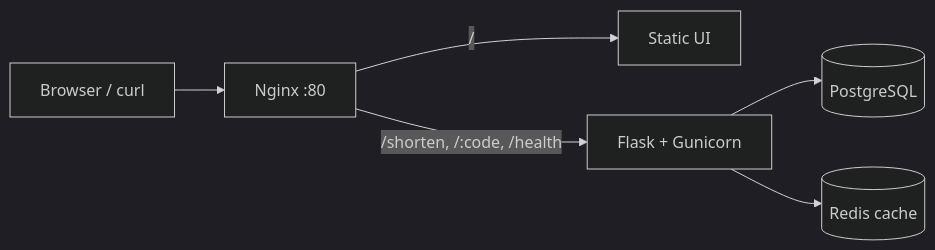
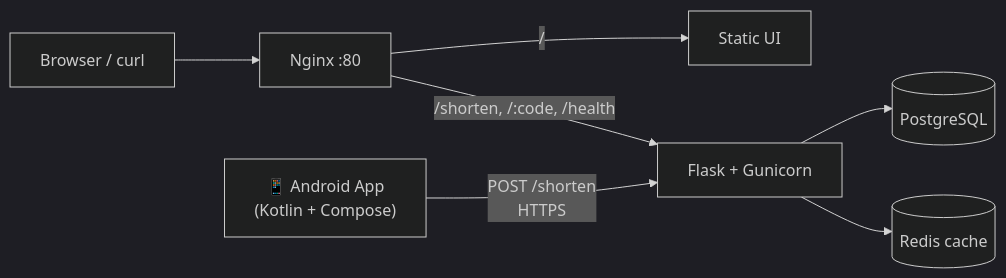
Before and after one commit to abhinav-e-p-b/URL-Shortener: the first of 2 diagrams in README.md, drawn with Mermaid (dark theme). The commit also changed other lines of this file and 49 other files, not shown here.

First line of the commit message:
Add Android app (Kotlin + Jetpack Compose) and update README

````diff
--- a/README.md
+++ b/README.md
@@ -17,8 +18,9 @@
 ```mermaid
 flowchart LR
     U[Browser / curl] --> N[Nginx :80]
     N -->|/| F[Static UI]
     N -->|/shorten, /:code, /health| A[Flask + Gunicorn]
     A --> P[(PostgreSQL)]
     A --> R[(Redis cache)]
+    M["📱 Android App\n(Kotlin + Compose)"] -->|POST /shorten\nHTTPS| A
 ```
````
